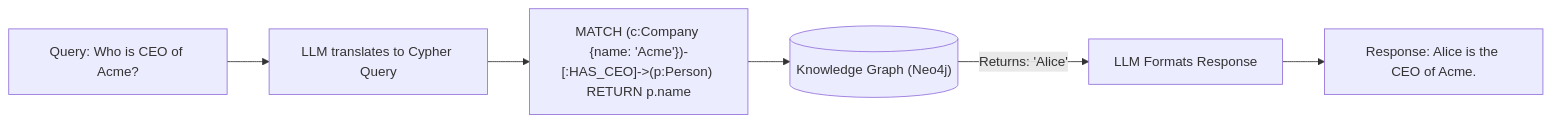
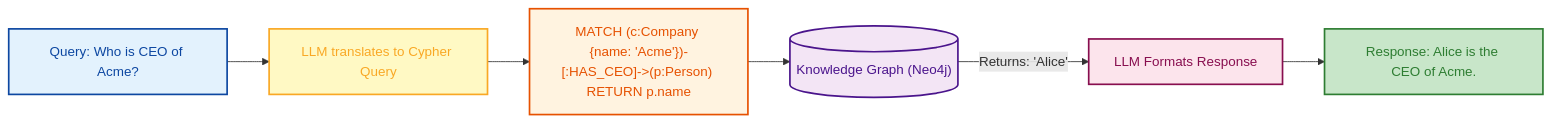
Before and after one commit to GyanendraChaubey/AI-Engineering-Notes: the second of 2 diagrams in docs/11-hallucination/README.md, drawn with Mermaid. The commit also changed other lines of this file and 15 other files, not shown here.

Commit message:
style: apply light color palette to remaining Mermaid diagrams (docs 15 & 16)

````diff
--- a/docs/11-hallucination/README.md
+++ b/docs/11-hallucination/README.md
@@ -145,10 +154,16 @@
 ```mermaid
 flowchart LR
     A["Query: Who is CEO of Acme?"] --> B["LLM translates to Cypher Query"]
     B --> C["MATCH (c:Company {name: 'Acme'})-[:HAS_CEO]->(p:Person) RETURN p.name"]
     
     C --> D[("Knowledge Graph (Neo4j)")]
     
     D -->|"Returns: 'Alice'"| E["LLM Formats Response"]
     E --> F["Response: Alice is the CEO of Acme."]
+    style A fill:#e3f2fd,stroke:#0d47a1,stroke-width:2px,color:#0d47a1
+    style B fill:#fff9c4,stroke:#f9a825,stroke-width:2px,color:#f9a825
+    style C fill:#fff3e0,stroke:#e65100,stroke-width:2px,color:#e65100
+    style D fill:#f3e5f5,stroke:#4a148c,stroke-width:2px,color:#4a148c
+    style E fill:#fce4ec,stroke:#880e4f,stroke-width:2px,color:#880e4f
+    style F fill:#c8e6c9,stroke:#2e7d32,stroke-width:2px,color:#2e7d32
 ```
````
